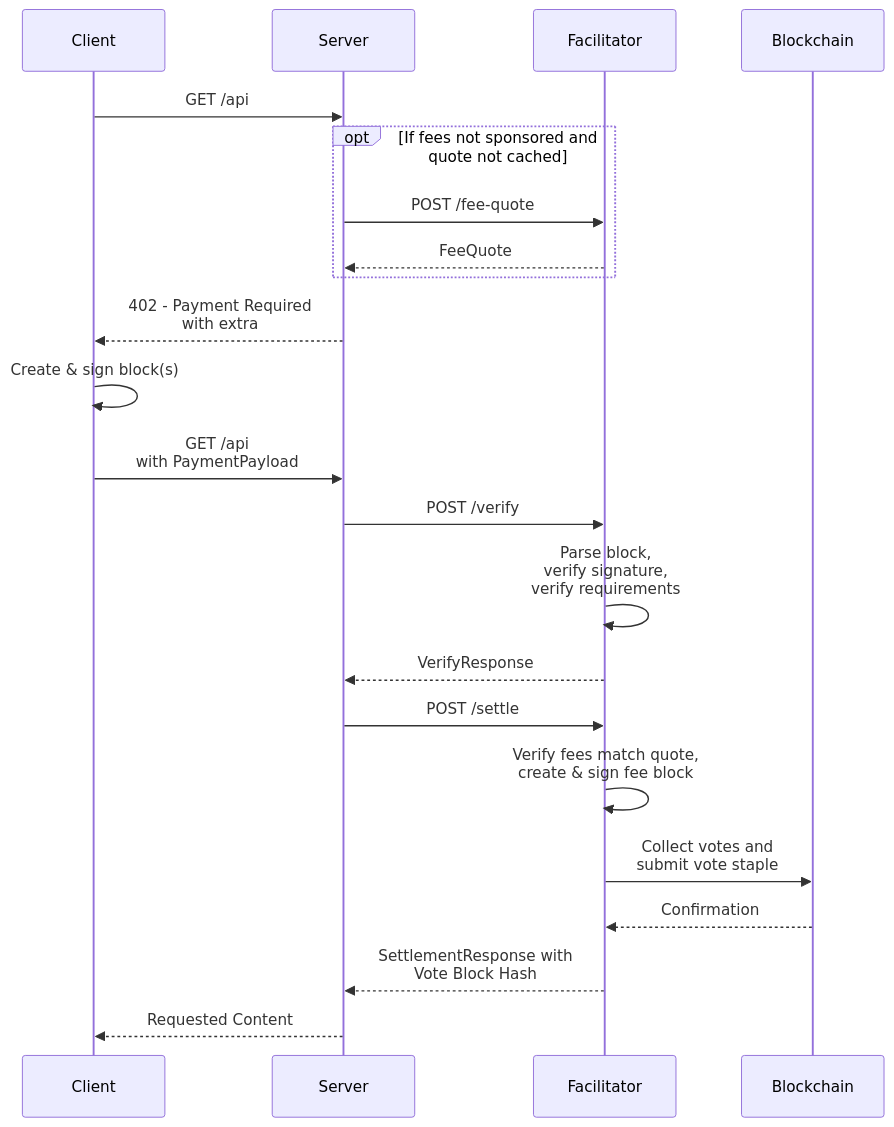
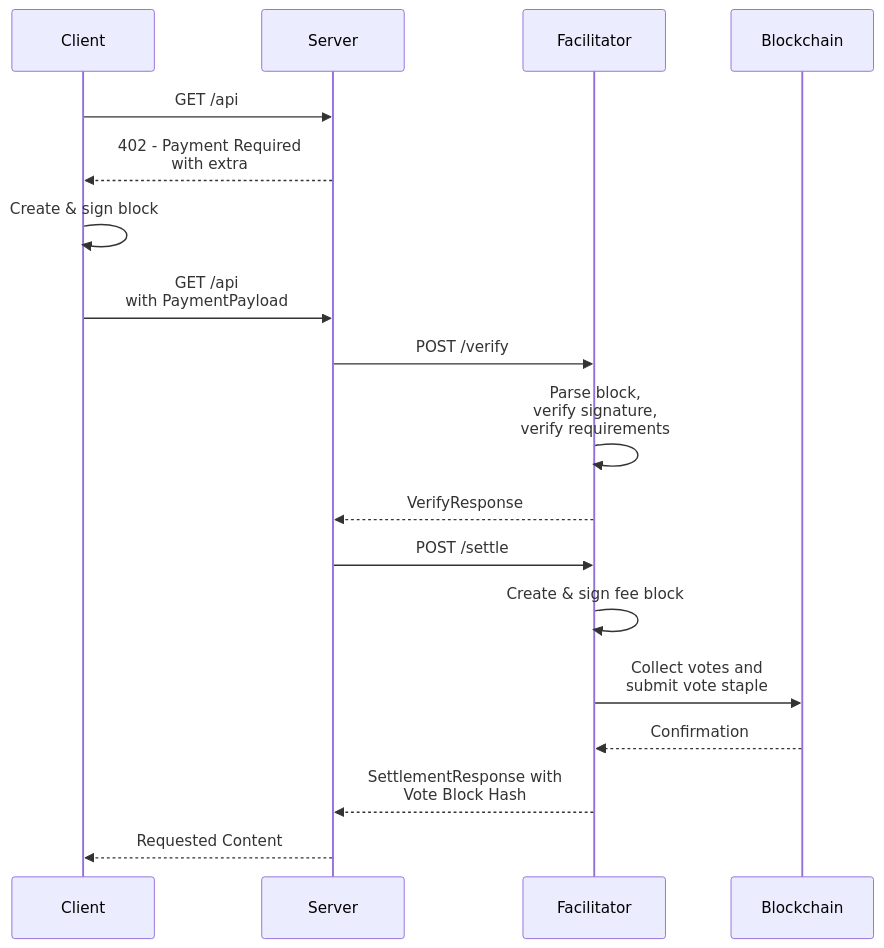
One commit to sc4l3r/coinbase-x402 changed the diagram in specs/schemes/exact/scheme_exact_keeta.md. Above: the diagram before and after it, drawn with Mermaid. The commit also changed other lines of this file, not shown here.

First line of the commit message:
feat(keeta): remove additional blocks and non-sponsored fee flows

````diff
--- a/specs/schemes/exact/scheme_exact_keeta.md
+++ b/specs/schemes/exact/scheme_exact_keeta.md
@@ -13,25 +16,21 @@
 ```mermaid
 sequenceDiagram
     participant Client;
     participant Server;
     participant Facilitator;
     participant Blockchain;
 
     Client->>Server: GET /api
-    opt If fees not sponsored and quote not cached
-        Server->>Facilitator: POST /fee-quote
-        Facilitator-->>Server: FeeQuote
-    end
     Server-->>Client: 402 - Payment Required<br>with extra
-    Client->>Client: Create & sign block(s)
+    Client->>Client: Create & sign block
     Client->>Server: GET /api <br>with PaymentPayload
     Server->>Facilitator: POST /verify
     Facilitator->>Facilitator: Parse block,<br>verify signature,<br>verify requirements
     Facilitator-->>Server: VerifyResponse
     Server->>Facilitator: POST /settle
-    Facilitator->>Facilitator: Verify fees match quote,<br>create & sign fee block
+    Facilitator->>Facilitator: Create & sign fee block
     Facilitator->>Blockchain: Collect votes and<br>submit vote staple
     Blockchain-->>Facilitator: Confirmation
     Facilitator-->>Server: SettlementResponse with<br>Vote Block Hash
     Server-->>Client: Requested Content
 ```
````
